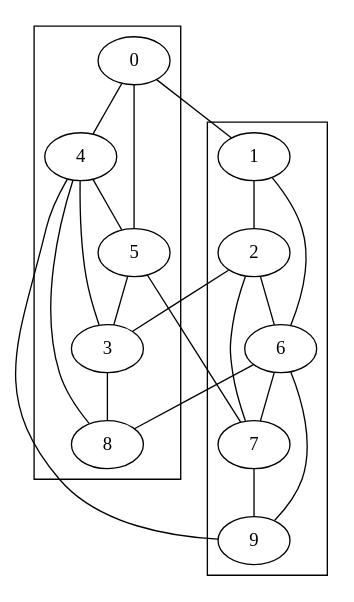
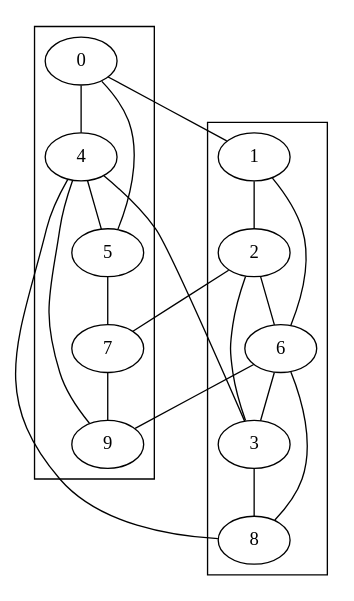
One commit to lrodrin/masterAI changed the diagram in A2/metis/mb.dot. Above: the diagram before and after it, drawn with Graphviz. The commit also changed 8 other files, not shown here.

```diff
--- a/A2/metis/mb.dot
+++ b/A2/metis/mb.dot
@@ -1,42 +1,42 @@
 strict graph  {
 0;
 1;
 4;
 5;
 2;
 6;
 3;
 7;
 8;
 9;
-0 -- 1;
-0 -- 4;
-0 -- 5;
-1 -- 2;
-1 -- 6;
-4 -- 3;
-4 -- 5;
-4 -- 8;
-4 -- 9;
-5 -- 7;
-2 -- 3;
-2 -- 7;
-6 -- 8;
-6 -- 9;
-3 -- 8;
-7 -- 9;
+0 -- 1  [weight=3];
+0 -- 4  [weight=10];
+0 -- 5  [weight=2];
+1 -- 2  [weight=5];
+1 -- 6  [weight=2];
+4 -- 3  [weight=7];
+4 -- 5  [weight=4];
+4 -- 8  [weight=2];
+4 -- 9  [weight=8];
+5 -- 7  [weight=1];
+2 -- 3  [weight=8];
+2 -- 7  [weight=8];
+6 -- 8  [weight=7];
+6 -- 9  [weight=7];
+3 -- 8  [weight=8];
+7 -- 9  [weight=10];
 subgraph cluster_A {
 0 -- 4;
 4 -- 5;
-5 -- 3;
-3 -- 8;
+5 -- 7;
+7 -- 9;
 }
 
 subgraph cluster_B {
 1 -- 2;
 2 -- 6;
-6 -- 7;
-7 -- 9;
+6 -- 3;
+3 -- 8;
 }
 
 }
```
